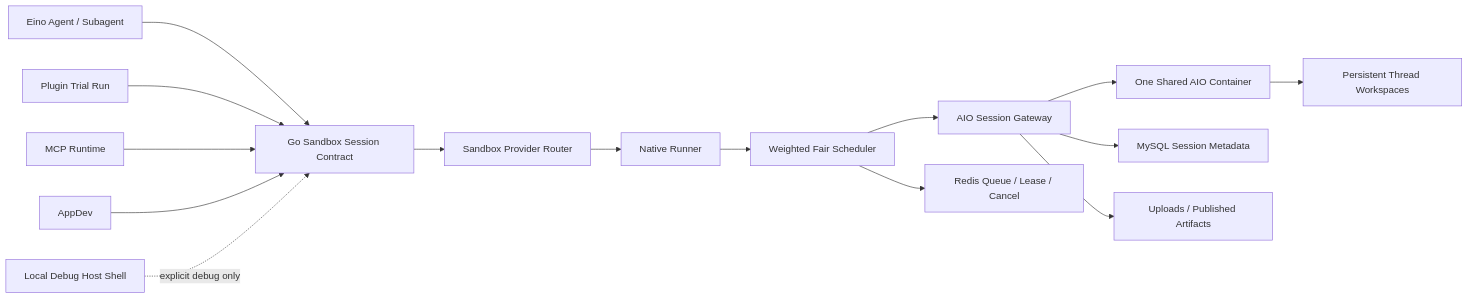
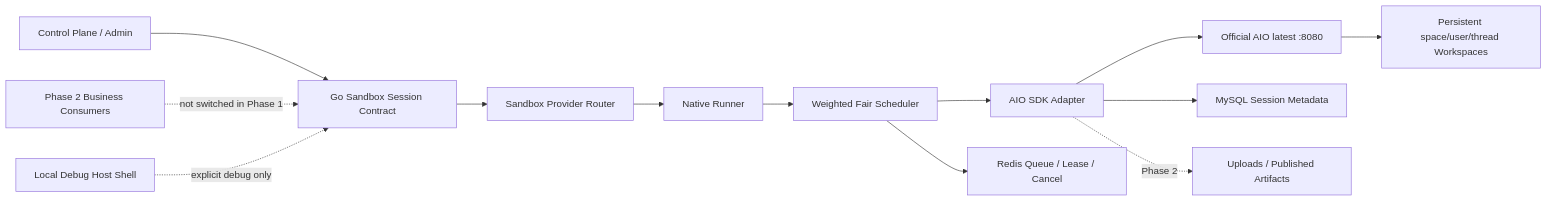
Before and after one commit to lwb8832652/coze-studio: the diagram in docs/superpowers/specs/2026-08-13-deerflow-aio-shared-sandbox-design.md, drawn with Mermaid. The commit also changed other lines of this file and 1 other file, not shown here.

Commit message:
docs: simplify shared AIO workspace routing

````diff
--- a/docs/superpowers/specs/2026-08-13-deerflow-aio-shared-sandbox-design.md
+++ b/docs/superpowers/specs/2026-08-13-deerflow-aio-shared-sandbox-design.md
@@ -113,20 +120,18 @@
 ```mermaid
 flowchart LR
-    Agent["Eino Agent / Subagent"] --> Contract["Go Sandbox Session Contract"]
-    Plugin["Plugin Trial Run"] --> Contract
-    MCP["MCP Runtime"] --> Contract
-    AppDev["AppDev"] --> Contract
+    Admin["Control Plane / Admin"] --> Contract["Go Sandbox Session Contract"]
+    Future["Phase 2 Business Consumers"] -. not switched in Phase 1 .-> Contract
 
     Contract --> Router["Sandbox Provider Router"]
     Router --> Runner["Native Runner"]
     Runner --> Scheduler["Weighted Fair Scheduler"]
-    Scheduler --> Gateway["AIO Session Gateway"]
-    Gateway --> AIO["One Shared AIO Container"]
+    Scheduler --> Adapter["AIO SDK Adapter"]
+    Adapter --> AIO["Official AIO latest :8080"]
 
-    Gateway --> Metadata["MySQL Session Metadata"]
+    Adapter --> Metadata["MySQL Session Metadata"]
     Scheduler --> Lease["Redis Queue / Lease / Cancel"]
-    AIO --> Volume["Persistent Thread Workspaces"]
-    Gateway --> ObjectStorage["Uploads / Published Artifacts"]
+    AIO --> Volume["Persistent space/user/thread Workspaces"]
+    Adapter -. Phase 2 .-> ObjectStorage["Uploads / Published Artifacts"]
 
     Local["Local Debug Host Shell"] -. explicit debug only .-> Contract
 ```
````
